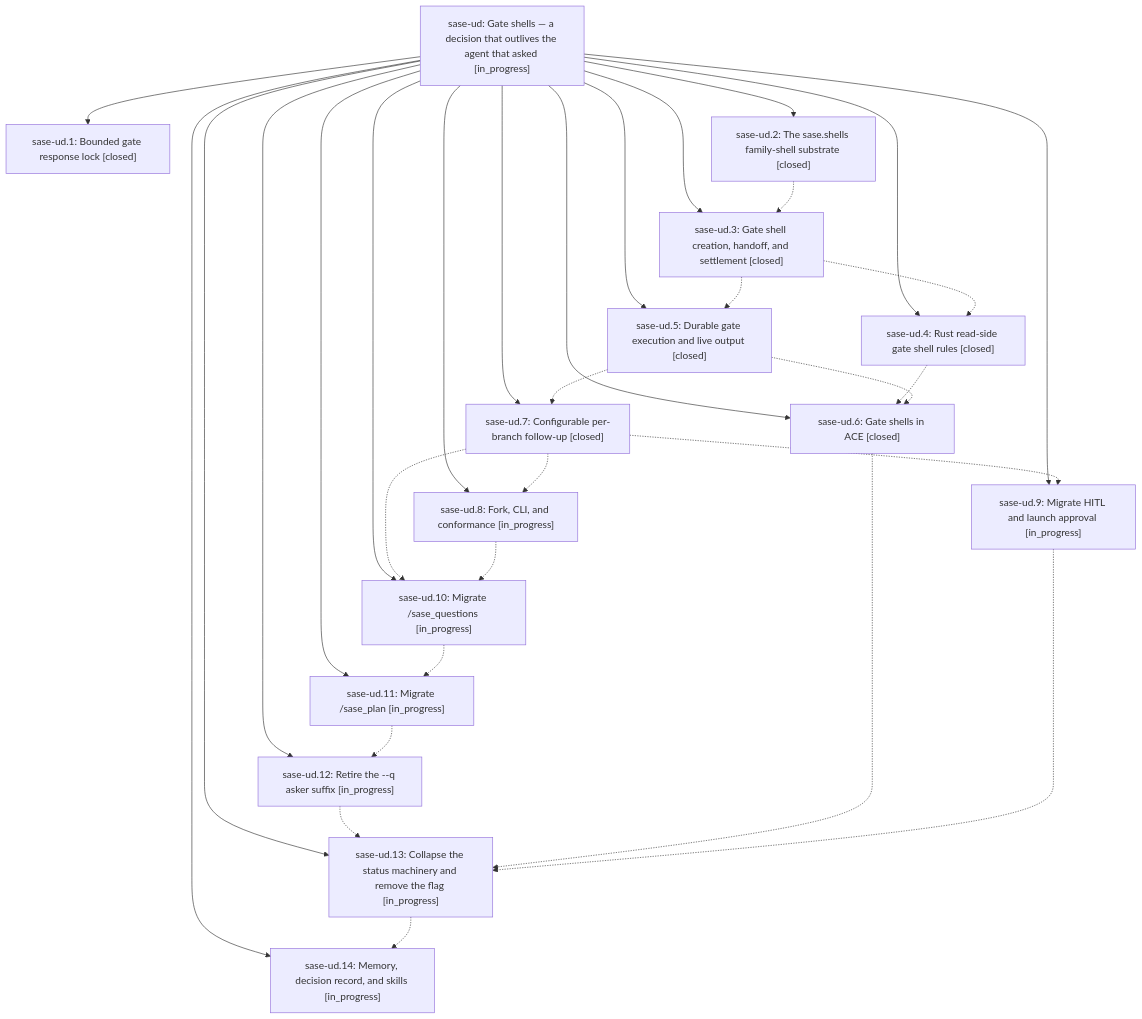
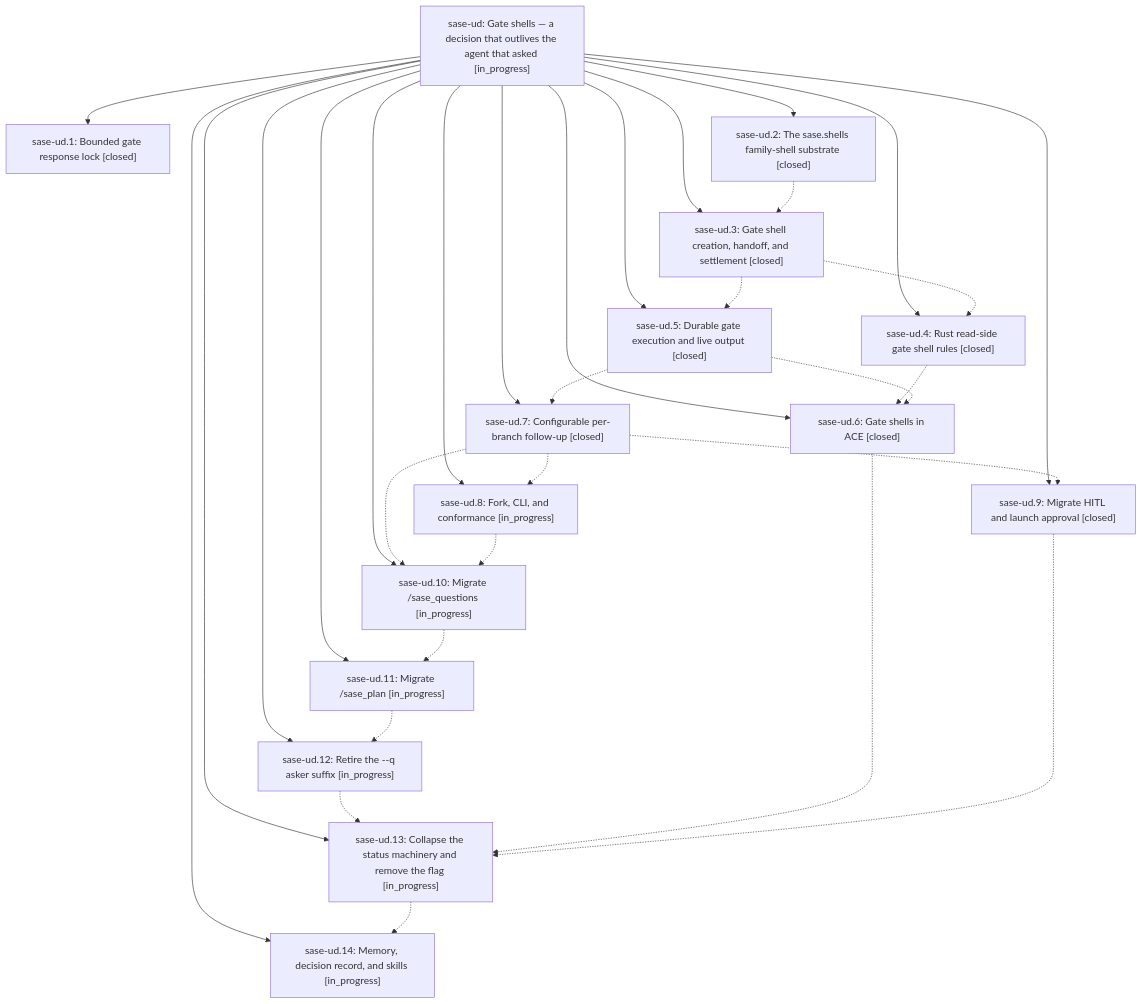
The diagram in pages/sase-ud/README.md (sase-org/sase--beads), drawn with Mermaid before and after one commit. The commit also changed other lines of this file and 3 other files, not shown here.

````diff
--- a/pages/sase-ud/README.md
+++ b/pages/sase-ud/README.md
@@ -47,48 +47,48 @@
 ```mermaid
 flowchart TD
     n0["sase-ud: Gate shells — a decision that outlives the agent that asked [in_progress]"]
     n1["sase-ud.1: Bounded gate response lock [closed]"]
     n2["sase-ud.10: Migrate /sase_questions [in_progress]"]
     n3["sase-ud.11: Migrate /sase_plan [in_progress]"]
     n4["sase-ud.12: Retire the --q asker suffix [in_progress]"]
     n5["sase-ud.13: Collapse the status machinery and remove the flag [in_progress]"]
     n6["sase-ud.14: Memory, decision record, and skills [in_progress]"]
     n7["sase-ud.2: The sase.shells family-shell substrate [closed]"]
     n8["sase-ud.3: Gate shell creation, handoff, and settlement [closed]"]
     n9["sase-ud.4: Rust read-side gate shell rules [closed]"]
     n10["sase-ud.5: Durable gate execution and live output [closed]"]
     n11["sase-ud.6: Gate shells in ACE [closed]"]
     n12["sase-ud.7: Configurable per-branch follow-up [closed]"]
     n13["sase-ud.8: Fork, CLI, and conformance [in_progress]"]
-    n14["sase-ud.9: Migrate HITL and launch approval [in_progress]"]
+    n14["sase-ud.9: Migrate HITL and launch approval [closed]"]
     n0 --> n1
     n0 --> n2
     n0 --> n3
     n0 --> n4
     n0 --> n5
     n0 --> n6
     n0 --> n7
     n0 --> n8
     n0 --> n9
     n0 --> n10
     n0 --> n11
     n0 --> n12
     n0 --> n13
     n0 --> n14
     n2 -.-> n3
     n3 -.-> n4
     n4 -.-> n5
     n5 -.-> n6
     n7 -.-> n8
     n8 -.-> n9
     n8 -.-> n10
     n9 -.-> n11
     n10 -.-> n11
     n10 -.-> n12
     n11 -.-> n5
     n12 -.-> n2
     n12 -.-> n13
     n12 -.-> n14
     n13 -.-> n2
     n14 -.-> n5
 ```
````
